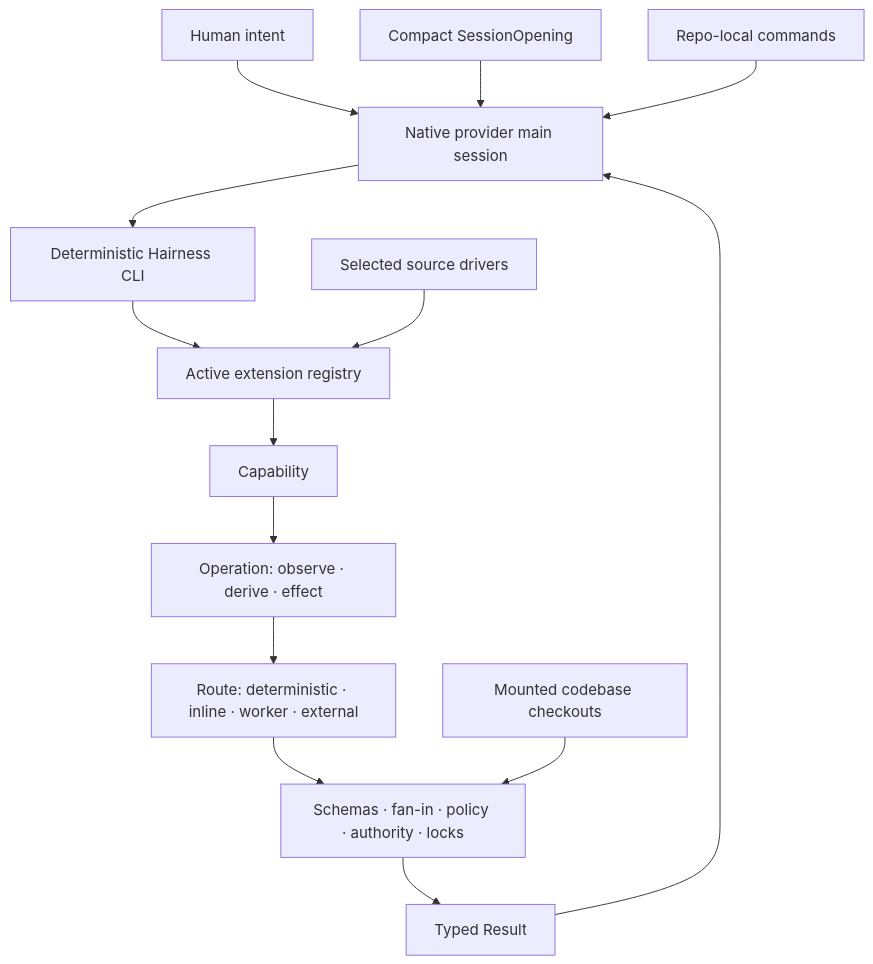
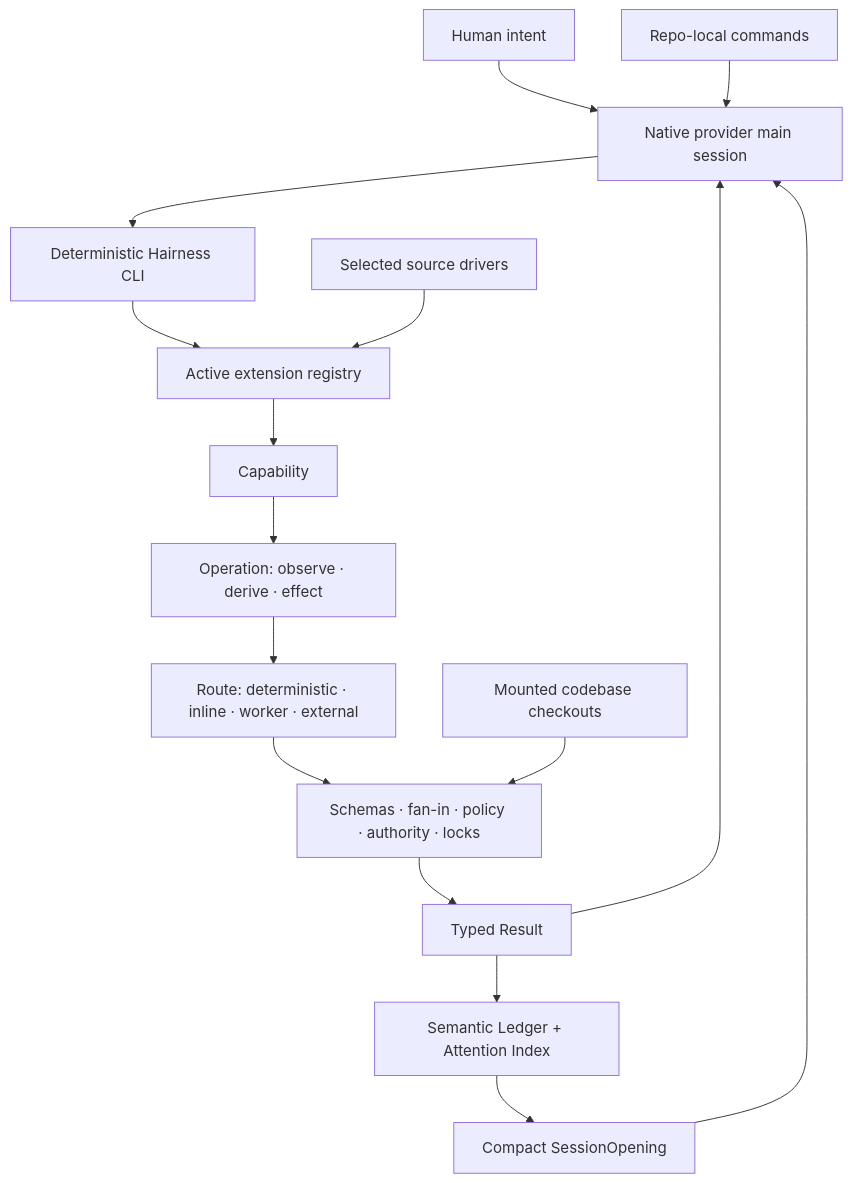
Before and after one commit to thevzion/hairness: the first of 2 diagrams in docs/architecture.md, drawn with Mermaid. The commit also changed other lines of this file and 185 other files, not shown here.

````diff
--- a/docs/architecture.md
+++ b/docs/architecture.md
@@ -5,16 +5,18 @@
 ```mermaid
 flowchart TD
   human["Human intent"] --> main["Native provider main session"]
   opening["Compact SessionOpening"] --> main
   commands["Repo-local commands"] --> main
   main --> cli["Deterministic Hairness CLI"]
   cli --> registry["Active extension registry"]
   registry --> capability["Capability"]
   capability --> operation["Operation: observe · derive · effect"]
   operation --> route["Route: deterministic · inline · worker · external"]
   route --> gates["Schemas · fan-in · policy · authority · locks"]
   gates --> result["Typed Result"]
   result --> main
+  result --> ledger["Semantic Ledger + Attention Index"]
+  ledger --> opening
   sources["Selected source drivers"] --> registry
   targets["Mounted codebase checkouts"] --> gates
 ```
````
